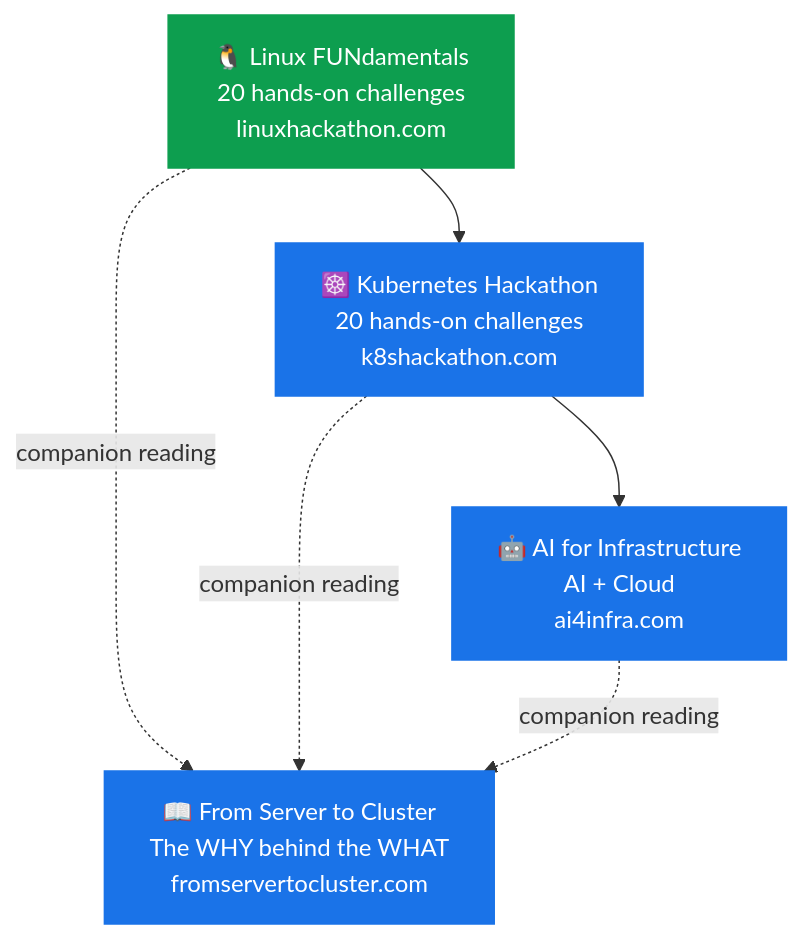
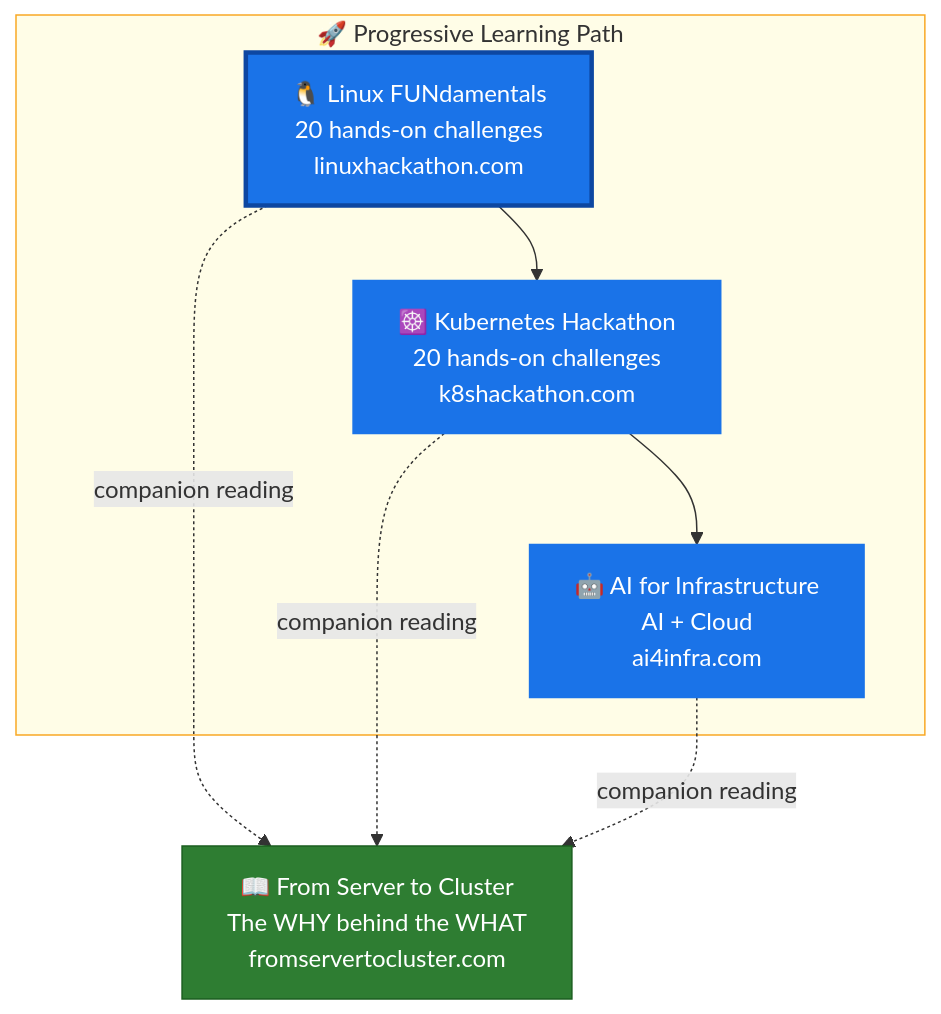
Before and after one commit to ricmmartins/fasthack-linux: the diagram in README.md, drawn with Mermaid.

Commit message:
atualiza diagrama Learning Path com estilo do k8shackathon

````diff
--- a/README.md
+++ b/README.md
@@ -137,12 +137,17 @@
 ```mermaid
 flowchart TD
-    A["🐧 Linux FUNdamentals\n20 hands-on challenges\nlinuxhackathon.com"]:::green --> B["☸️ Kubernetes Hackathon\n20 hands-on challenges\nk8shackathon.com"]:::blue
-    B --> C["🤖 AI for Infrastructure\nAI + Cloud\nai4infra.com"]:::blue
-    D["📖 From Server to Cluster\nThe WHY behind the WHAT\nfromservertocluster.com"]:::blue
+    subgraph path["🚀 Progressive Learning Path"]
+        A["🐧 Linux FUNdamentals\n20 hands-on challenges\nlinuxhackathon.com"]:::highlight --> B["☸️ Kubernetes Hackathon\n20 hands-on challenges\nk8shackathon.com"]:::blue
+        B --> C["🤖 AI for Infrastructure\nAI + Cloud\nai4infra.com"]:::blue
+    end
+    D["📖 From Server to Cluster\nThe WHY behind the WHAT\nfromservertocluster.com"]:::green
     A -. "companion reading" .-> D
     B -. "companion reading" .-> D
     C -. "companion reading" .-> D
 
-    classDef green fill:#0d9e4f,stroke:#0d9e4f,color:#fff
+    classDef highlight fill:#1a73e8,stroke:#0d47a1,color:#fff,stroke-width:3px
     classDef blue fill:#1a73e8,stroke:#1a73e8,color:#fff
+    classDef green fill:#2e7d32,stroke:#1b5e20,color:#fff
+
+    style path fill:#fffde7,stroke:#f9a825,color:#333
 ```
````
